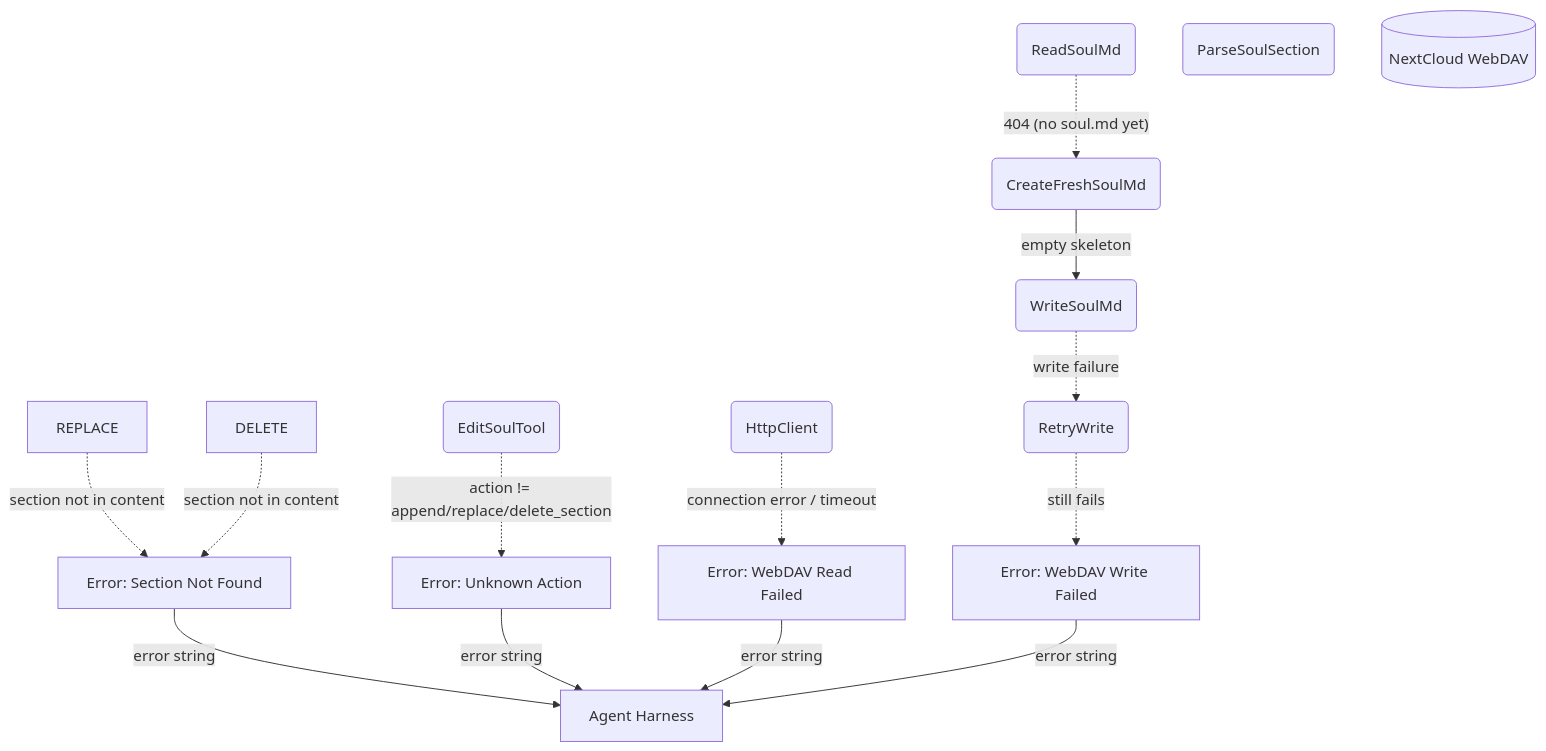
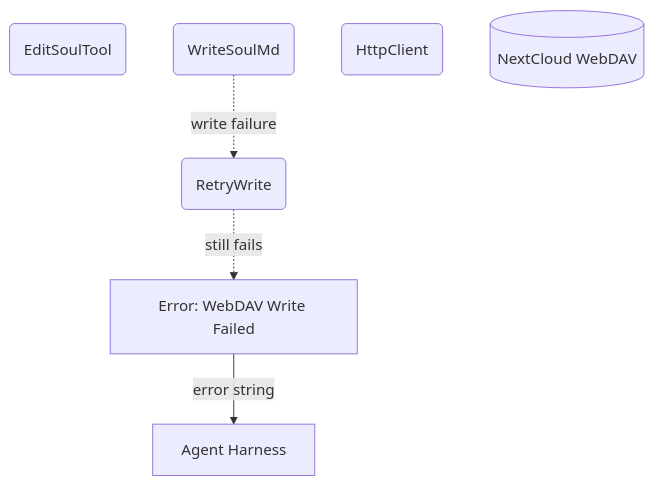
Before and after one commit to cosmoswafer/rockbot: the second of 2 diagrams in _dfds/tools/edit-soul.md, drawn with Mermaid. The commit also changed other lines of this file and 6 other files, not shown here.

First line of the commit message:
fix: sanitize tool_call arguments to prevent HTTP 400 from Qwen; simplify edit_soul to full-replace with template

````diff
--- a/_dfds/tools/edit-soul.md
+++ b/_dfds/tools/edit-soul.md
@@ -63,29 +61,14 @@
 ```mermaid
 flowchart TD
     SOUL(EditSoulTool)
-    GET(ReadSoulMd)
-    PARSE(ParseSoulSection)
     PUT(WriteSoulMd)
     HTTP(HttpClient)
     DAV[(NextCloud WebDAV)]
-    ERR_NOT_FOUND[Error: Section Not Found]
-    ERR_READ[Error: WebDAV Read Failed]
     ERR_WRITE[Error: WebDAV Write Failed]
-    ERR_ACTION[Error: Unknown Action]
-    NEW_FILE(CreateFreshSoulMd)
     RETRY(RetryWrite)
     AGENT[Agent Harness]
 
-    GET -.->|"404 (no soul.md yet)"| NEW_FILE
-    NEW_FILE -->|"empty skeleton"| PUT
-    REPLACE -.->|"section not in content"| ERR_NOT_FOUND
-    DELETE -.->|"section not in content"| ERR_NOT_FOUND
-    SOUL -.->|"action != append/replace/delete_section"| ERR_ACTION
-    HTTP -.->|"connection error / timeout"| ERR_READ
     PUT -.->|"write failure"| RETRY
     RETRY -.->|"still fails"| ERR_WRITE
-    ERR_NOT_FOUND -->|"error string"| AGENT
-    ERR_ACTION -->|"error string"| AGENT
-    ERR_READ -->|"error string"| AGENT
     ERR_WRITE -->|"error string"| AGENT
 ```
````
